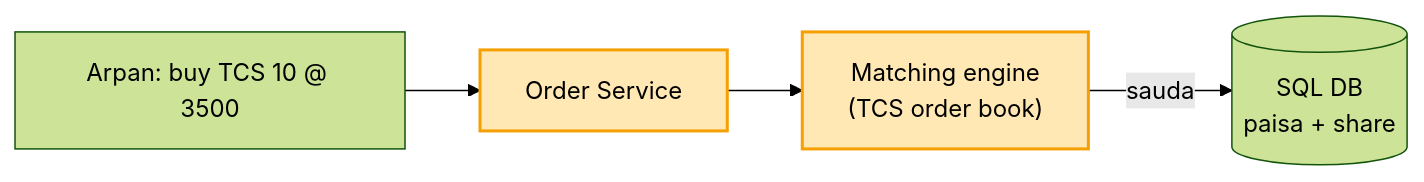
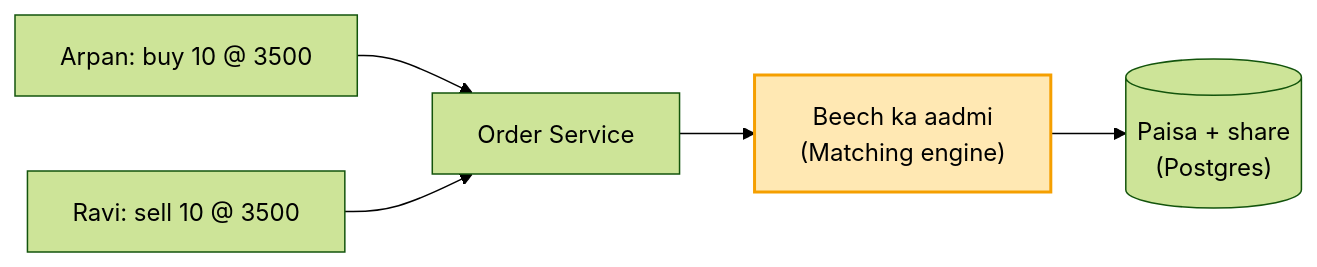
One commit to ArpanMaheshwari144/Prep changed the first of 3 diagrams in 04_HLD/SYSTEM_DESIGNS/05_stock_broker_trading/05_stock_broker_trading.md. Above: the diagram before and after it, drawn with Mermaid (forest theme). The commit also changed other lines of this file and 13 other files, not shown here.

````diff
--- a/04_HLD/SYSTEM_DESIGNS/05_stock_broker_trading/05_stock_broker_trading.md
+++ b/04_HLD/SYSTEM_DESIGNS/05_stock_broker_trading/05_stock_broker_trading.md
@@ -69,8 +34,8 @@
 ```mermaid
 flowchart LR
-    U["Arpan: buy TCS 10 @ 3500"] --> O["Order Service"]
-    O --> M["Matching engine<br/>(TCS order book)"]
-    M -- "sauda" --> D[("SQL DB<br/>paisa + share")]
-    style O fill:#ffe8b3,stroke:#f59f00,stroke-width:2px,color:#000
+    A["Arpan: buy 10 @ 3500"] --> O["Order Service"]
+    R["Ravi: sell 10 @ 3500"] --> O
+    O --> M["Beech ka aadmi<br/>(Matching engine)"]
+    M --> D[("Paisa + share<br/>(Postgres)")]
     style M fill:#ffe8b3,stroke:#f59f00,stroke-width:2px,color:#000
 ```
````
